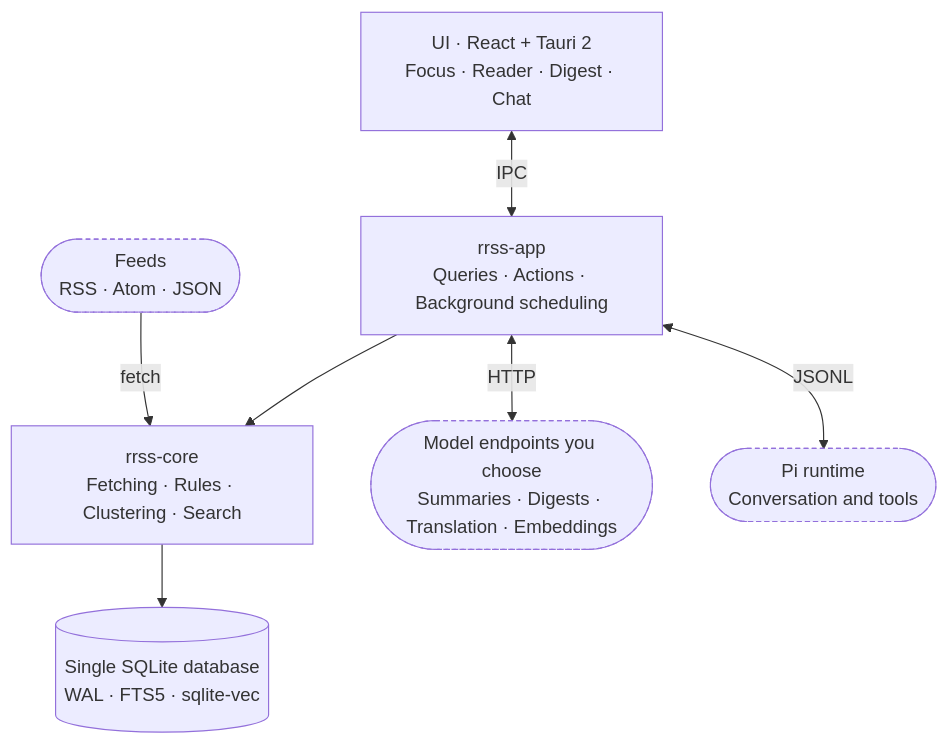
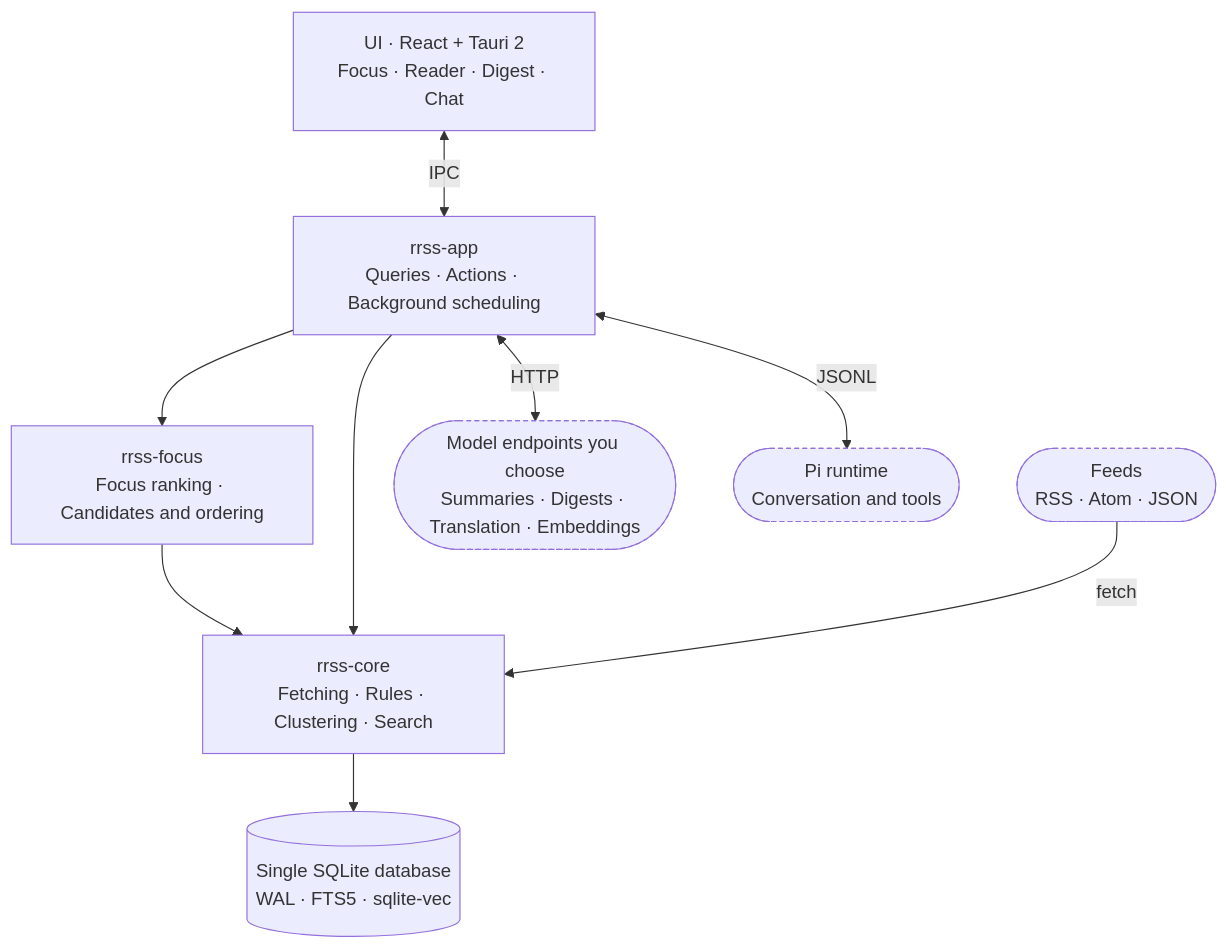
One commit to rrss-app/rrss changed the diagram in README.en.md. Above: the diagram before and after it, drawn with Mermaid. The commit also changed other lines of this file and 66 other files, not shown here.

First line of the commit message:
Refactor: move Focus ranking into its own rrss-focus crate

````diff
--- a/README.en.md
+++ b/README.en.md
@@ -141,17 +141,19 @@
 ```mermaid
 flowchart TB
     UI["UI · React + Tauri 2<br/>Focus · Reader · Digest · Chat"]
     App["rrss-app<br/>Queries · Actions · Background scheduling"]
+    Focus["rrss-focus<br/>Focus ranking · Candidates and ordering"]
     Core["rrss-core<br/>Fetching · Rules · Clustering · Search"]
     DB[("Single SQLite database<br/>WAL · FTS5 · sqlite-vec")]
     Feeds(["Feeds<br/>RSS · Atom · JSON"])
     LLM(["Model endpoints you choose<br/>Summaries · Digests · Translation · Embeddings"])
     Pi(["Pi runtime<br/>Conversation and tools"])
     UI <-->|IPC| App
+    App --> Focus --> Core
     App --> Core --> DB
     Feeds -->|fetch| Core
     App <-->|HTTP| LLM
     App <-->|JSONL| Pi
     classDef ext stroke-dasharray: 4 3
     class Feeds,LLM,Pi ext
 ```
````
